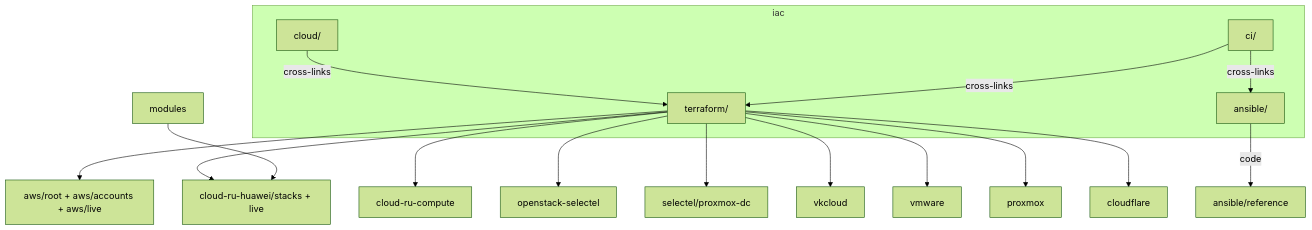
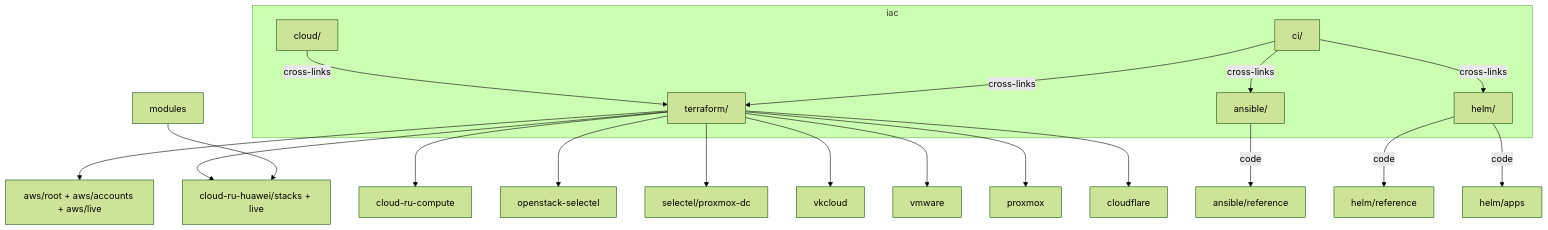
The diagram in iac/README.md (NarberallGamma/narberall-platform-engineer-lab), drawn with Mermaid (forest theme) before and after one commit. The commit also changed other lines of this file and 1166 other files, not shown here.

````diff
--- a/iac/README.md
+++ b/iac/README.md
@@ -26,23 +28,27 @@
 ```mermaid
 flowchart TB
   subgraph iac [iac]
     Cloud[cloud/]
     TF[terraform/]
     ANS[ansible/]
+    Helm[helm/]
     CI[ci/]
   end
   Cloud -->|cross-links| TF
   ANS -->|code| RefAns[ansible/reference]
+  Helm -->|code| RefHelm[helm/reference]
+  Helm -->|code| AppsHelm[helm/apps]
   CI -->|cross-links| TF
   CI -->|cross-links| ANS
+  CI -->|cross-links| Helm
   TF --> AWS[aws/root + aws/accounts + aws/live]
   TF --> CR[cloud-ru-huawei/stacks + live]
   TF --> CRC[cloud-ru-compute]
   TF --> OS[openstack-selectel]
   TF --> SEL[selectel/proxmox-dc]
   TF --> VK[vkcloud]
   TF --> VMw[vmware]
   TF --> PX[proxmox]
   TF --> CF[cloudflare]
   Mods[modules] --> CR
 ```
````
